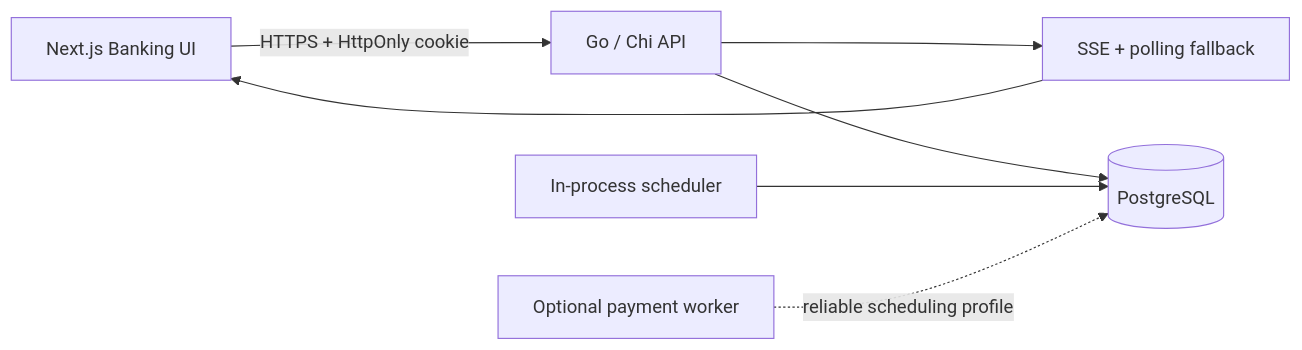
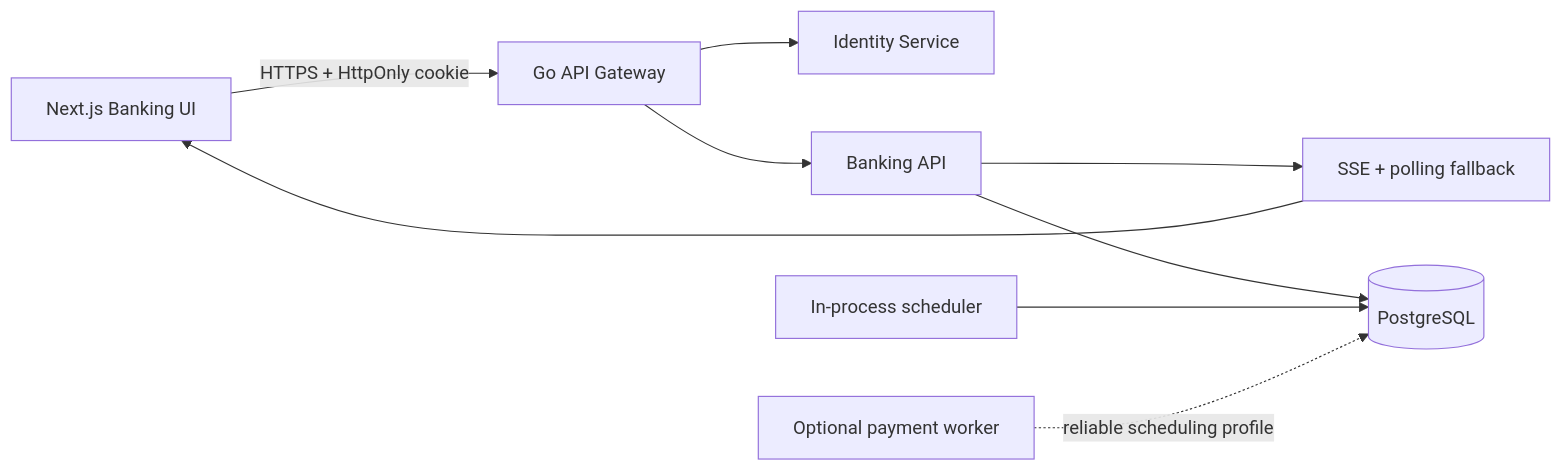
One commit to mustafa-oezdemir/banking_go changed the diagram in README.md. Above: the diagram before and after it, drawn with Mermaid. The commit also changed other lines of this file and 45 other files, not shown here.

Commit message:
phase-5-7: extract identity and add gateway observability

````diff
--- a/README.md
+++ b/README.md
@@ -52,15 +52,19 @@
 ```mermaid
 flowchart LR
     Browser["Next.js Banking UI"]
-    API["Go / Chi API"]
+    Gateway["Go API Gateway"]
+    Identity["Identity Service"]
+    API["Banking API"]
     Events["SSE + polling fallback"]
     Scheduler["In-process scheduler"]
     Worker["Optional payment worker"]
     DB[("PostgreSQL")]
 
-    Browser -->|"HTTPS + HttpOnly cookie"| API
+    Browser -->|"HTTPS + HttpOnly cookie"| Gateway
+    Gateway --> Identity
+    Gateway --> API
     API --> Events --> Browser
     API --> DB
     Scheduler --> DB
     Worker -. "reliable scheduling profile" .-> DB
 ```
````
